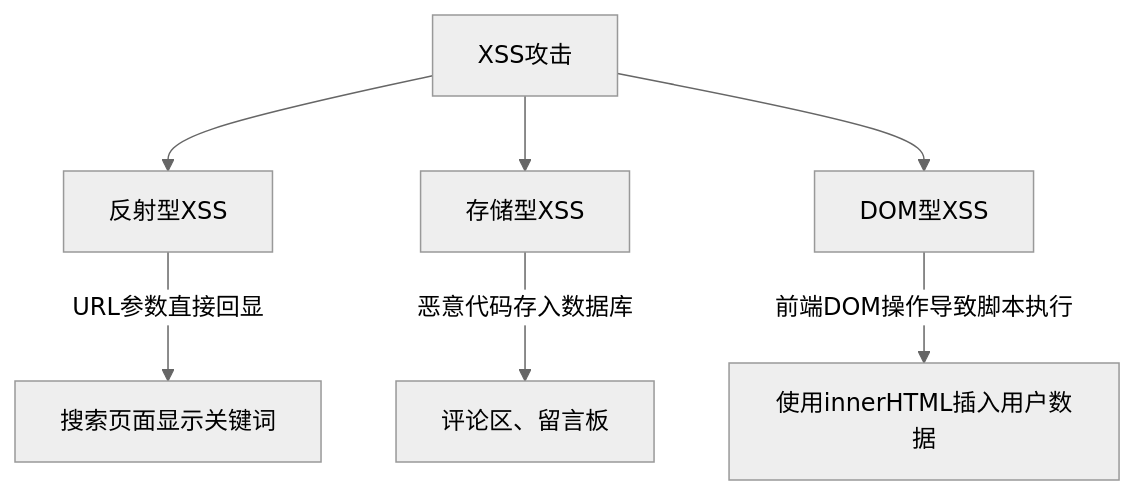
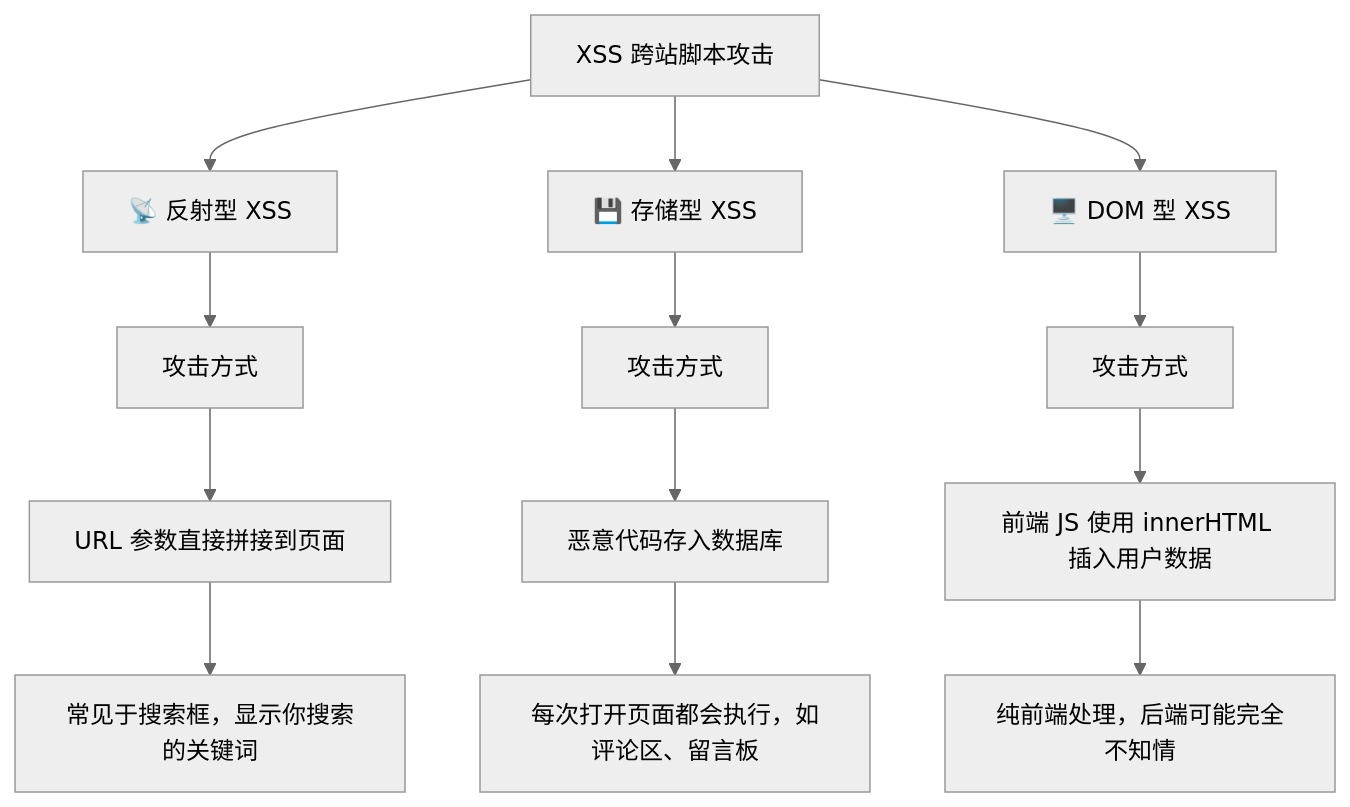
One commit to zhangshichuan/maxzhang.site changed the second of 14 diagrams in articles/zh/nodejs-security-guide.mdx. Above: the diagram before and after it, drawn with Mermaid (neutral theme). The commit also changed other lines of this file and 1 other file, not shown here.

````diff
--- a/articles/zh/nodejs-security-guide.mdx
+++ b/articles/zh/nodejs-security-guide.mdx
@@ -67,10 +201,18 @@
 ```mermaid
 flowchart TD
-    XSS[XSS攻击] --> Reflected[反射型XSS]
-    XSS --> Stored[存储型XSS]
-    XSS --> DOM[DOM型XSS]
+    XSS[XSS 跨站脚本攻击] --> Reflected[📡 反射型 XSS]
+    XSS --> Stored[💾 存储型 XSS]
+    XSS --> DOM[🖥️ DOM 型 XSS]
 
-    Reflected --> |URL参数直接回显| Example1[搜索页面显示关键词]
-    Stored --> |恶意代码存入数据库| Example2[评论区、留言板]
-    DOM --> |前端DOM操作导致脚本执行| Example3[使用innerHTML插入用户数据]
+    Reflected --> R1[攻击方式]
+    R1 --> R2["URL 参数直接拼接到页面"]
+    R2 --> R3["常见于搜索框，显示你搜索的关键词"]
+
+    Stored --> S1[攻击方式]
+    S1 --> S2["恶意代码存入数据库"]
+    S2 --> S3["每次打开页面都会执行，如评论区、留言板"]
+
+    DOM --> D1[攻击方式]
+    D1 --> D2["前端 JS 使用 innerHTML 插入用户数据"]
+    D2 --> D3["纯前端处理，后端可能完全不知情"]
 ```
````
